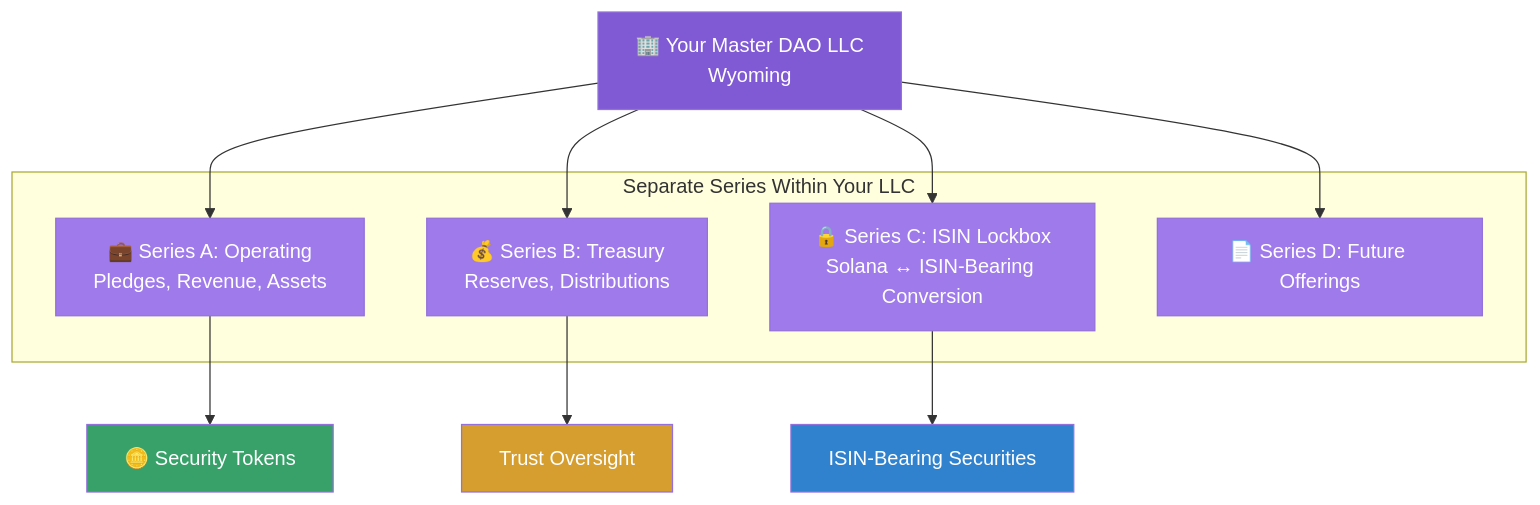
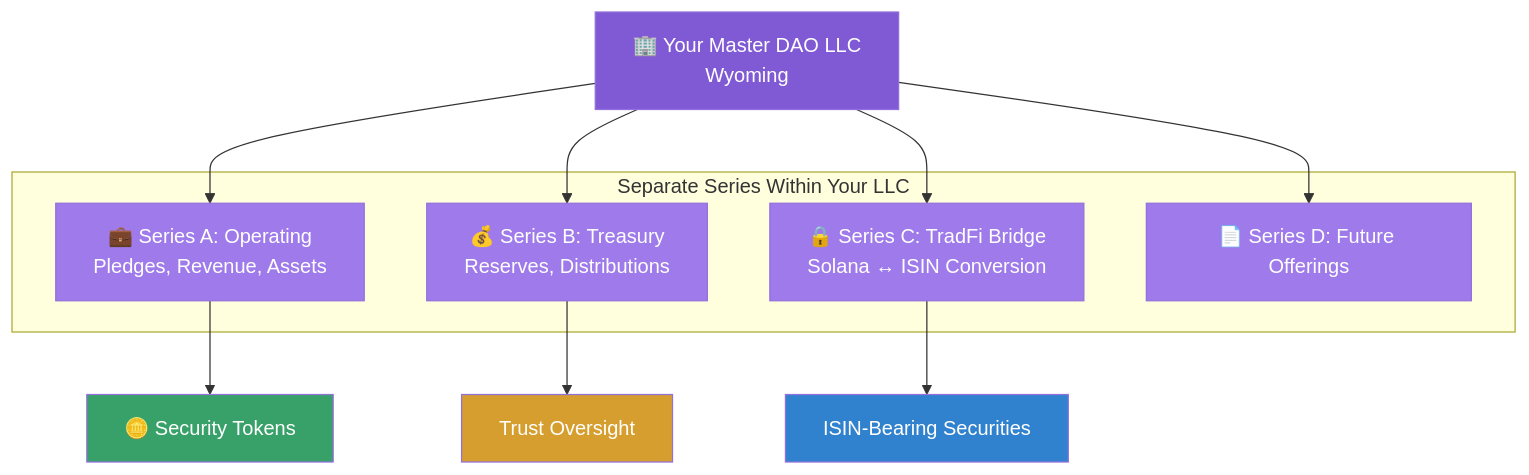
One commit to hrbrlife/sailsto_website changed the second of 9 diagrams in hugo-site/content/whatsails.md. Above: the diagram before and after it, drawn with Mermaid. The commit also changed other lines of this file and 7 other files, not shown here.

```diff
--- a/hugo-site/content/whatsails.md
+++ b/hugo-site/content/whatsails.md
@@ -333,25 +333,25 @@
         <div class="mermaid">
         flowchart TD
             DAO[🏢 Your Master DAO LLC<br/>Wyoming]
             subgraph Series[Separate Series Within Your LLC]
                 S1[💼 Series A: Operating<br/>Pledges, Revenue, Assets]
                 S2[💰 Series B: Treasury<br/>Reserves, Distributions]
-                S3[🔒 Series C: ISIN Lockbox<br/>Solana ↔ ISIN-Bearing Conversion]
+                S3[🔒 Series C: TradFi Bridge<br/>Solana ↔ ISIN Conversion]
                 S4[📄 Series D: Future Offerings]
             end
             DAO --> S1
             DAO --> S2
             DAO --> S3
             DAO --> S4
             S1 --> T1[🪙 Security Tokens]
             S2 --> TRUST[Trust Oversight]
             S3 --> ISIN[ISIN-Bearing Securities]
             style DAO fill:#805ad5,color:#fff
             style S1 fill:#9f7aea,color:#fff
             style S2 fill:#9f7aea,color:#fff
             style S3 fill:#9f7aea,color:#fff
             style S4 fill:#9f7aea,color:#fff
             style T1 fill:#38a169,color:#fff
             style TRUST fill:#d69e2e,color:#fff
             style ISIN fill:#3182ce,color:#fff
         </div>
```
